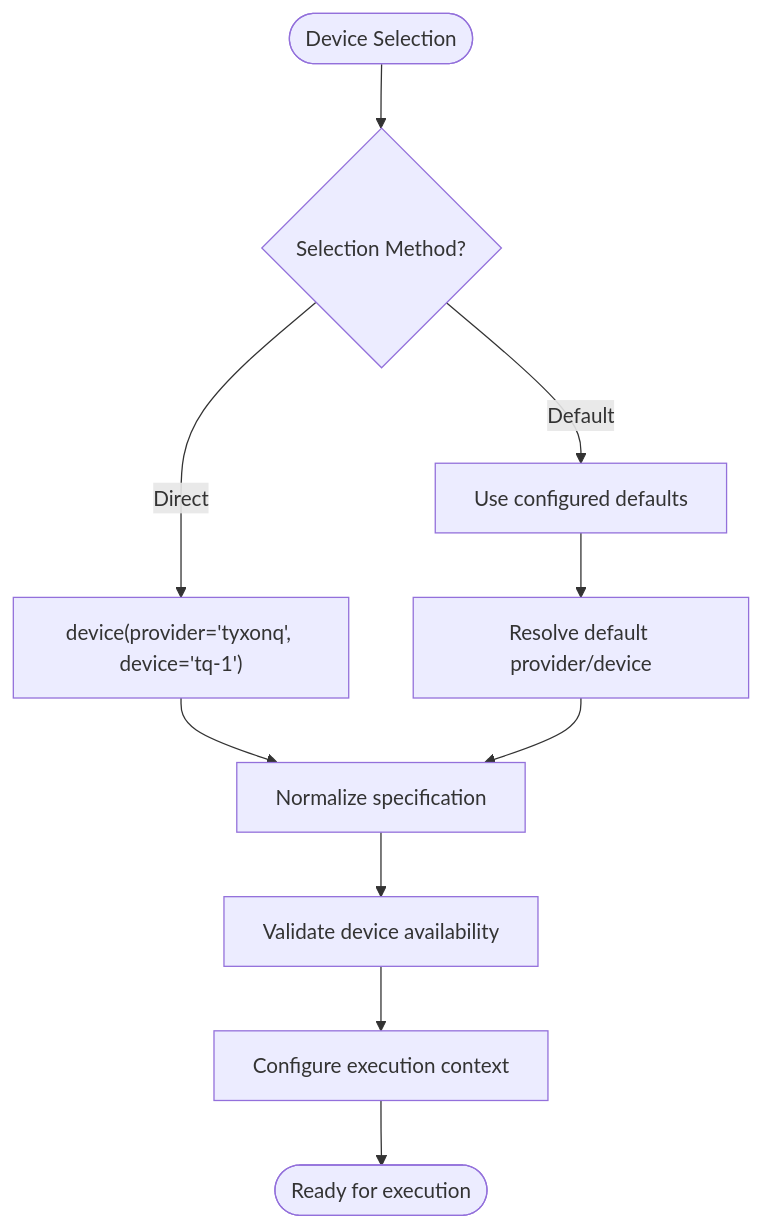
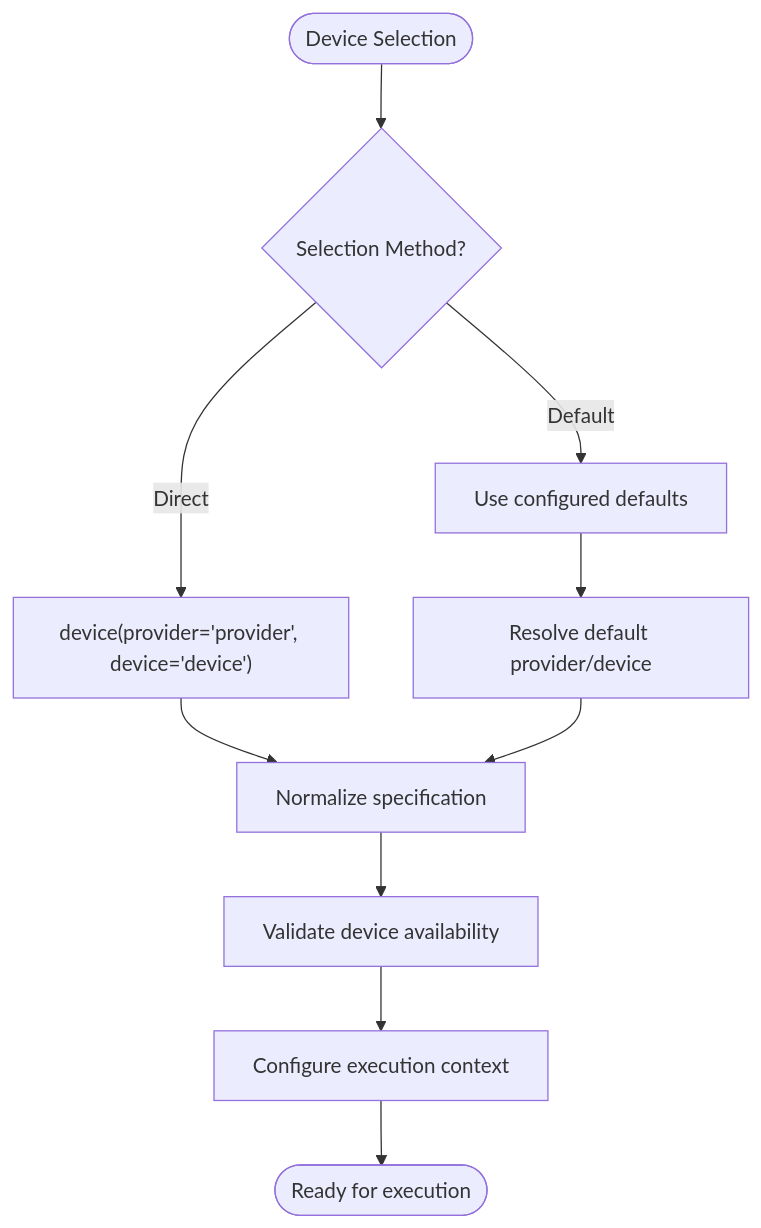
The fourth of 5 diagrams in .qoder/repowiki/en/content/Hardware Integration.md (QureGenAI-Biotech/TyxonQ), drawn with Mermaid before and after one commit. The commit also changed other lines of this file and 516 other files, not shown here.

````diff
--- a/.qoder/repowiki/en/content/Hardware Integration.md
+++ b/.qoder/repowiki/en/content/Hardware Integration.md
@@ -138,12 +262,12 @@
 ```mermaid
 flowchart TD
 Start([Device Selection]) --> MethodChoice{"Selection Method?"}
-MethodChoice --> |Direct| DirectSpec["device(provider='tyxonq', device='tq-1')"]
+MethodChoice --> |Direct| DirectSpec["device(provider='provider', device='device')"]
 MethodChoice --> |Default| UseDefaults["Use configured defaults"]
 DirectSpec --> Normalize["Normalize specification"]
 UseDefaults --> ResolveDefaults["Resolve default provider/device"]
 ResolveDefaults --> Normalize
 Normalize --> Validate["Validate device availability"]
 Validate --> Configure["Configure execution context"]
 Configure --> End([Ready for execution])
 ```
````
